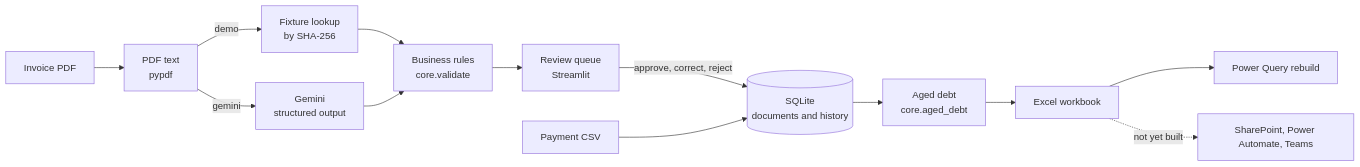
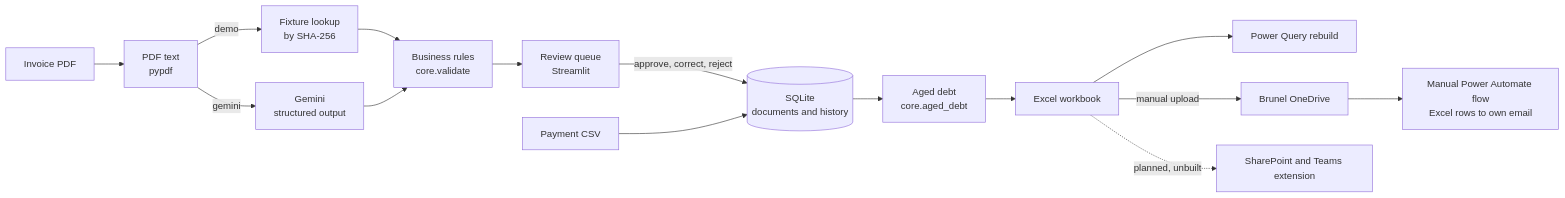
Before and after one commit to tazin-ahmed-sifat/ar-copilot: the diagram in README.md, drawn with Mermaid. The commit also changed other lines of this file and 10 other files, not shown here.

````diff
--- a/README.md
+++ b/README.md
@@ -29,15 +30,17 @@
 ```mermaid
 flowchart LR
     PDF[Invoice PDF] --> TEXT[PDF text<br/>pypdf]
     TEXT -->|demo| FIXTURE[Fixture lookup<br/>by SHA-256]
     TEXT -->|gemini| GEMINI[Gemini<br/>structured output]
     FIXTURE --> RULES[Business rules<br/>core.validate]
     GEMINI --> RULES
     RULES --> QUEUE[Review queue<br/>Streamlit]
     QUEUE -->|approve, correct, reject| DB[(SQLite<br/>documents and history)]
     LEDGER[Payment CSV] --> DB
     DB --> AGING[Aged debt<br/>core.aged_debt]
     AGING --> XLSX[Excel workbook]
     XLSX --> PQ[Power Query rebuild]
-    XLSX -.->|not yet built| M365[SharePoint, Power Automate, Teams]
+    XLSX -->|manual upload| OD[Brunel OneDrive]
+    OD --> FLOW[Manual Power Automate flow<br/>Excel rows to own email]
+    XLSX -.->|planned, unbuilt| M365[SharePoint and Teams extension]
 ```
````
